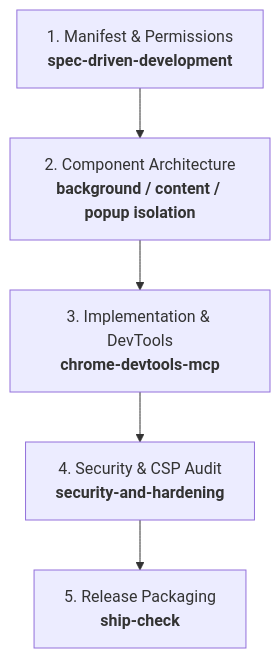
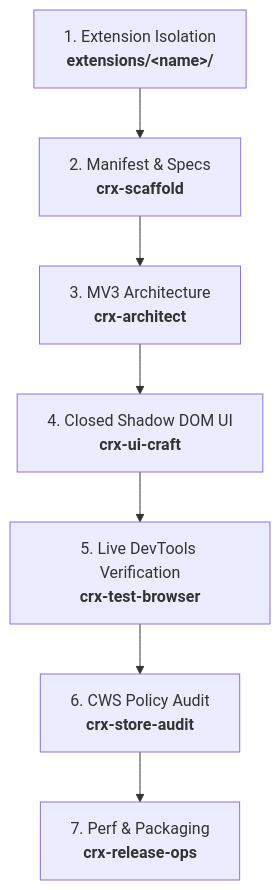
Before and after one commit to libragik/init-gemini: the second of 4 diagrams in SKILL.md, drawn with Mermaid. The commit also changed other lines of this file and 1 other file, not shown here.

````diff
--- a/SKILL.md
+++ b/SKILL.md
@@ -67,7 +67,9 @@
 ```mermaid
 flowchart TD
-    A["1. Manifest & Permissions<br><b>spec-driven-development</b>"] --> B["2. Component Architecture<br><b>background / content / popup isolation</b>"]
-    B --> C["3. Implementation & DevTools<br><b>chrome-devtools-mcp</b>"]
-    C --> D["4. Security & CSP Audit<br><b>security-and-hardening</b>"]
-    D --> E["5. Release Packaging<br><b>ship-check</b>"]
+    A["1. Extension Isolation<br><b>extensions/&lt;name&gt;/</b>"] --> B["2. Manifest & Specs<br><b>crx-scaffold</b>"]
+    B --> C["3. MV3 Architecture<br><b>crx-architect</b>"]
+    C --> D["4. Closed Shadow DOM UI<br><b>crx-ui-craft</b>"]
+    D --> E["5. Live DevTools Verification<br><b>crx-test-browser</b>"]
+    E --> F["6. CWS Policy Audit<br><b>crx-store-audit</b>"]
+    F --> G["7. Perf & Packaging<br><b>crx-release-ops</b>"]
 ```
````
